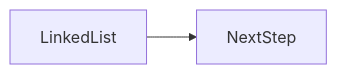
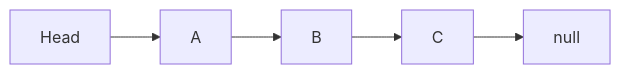
The second of 2 diagrams in docs/en/01-computer-science/data-structures/linked-list/index.md (OmidJavaherii/Frontend-Engineering-Handbook), drawn with Mermaid before and after one commit. The commit also changed other lines of this file and 461 other files, not shown here.

````diff
--- a/docs/en/01-computer-science/data-structures/linked-list/index.md
+++ b/docs/en/01-computer-science/data-structures/linked-list/index.md
@@ -95,4 +147,7 @@
 ```mermaid
 flowchart LR
-  concept[LinkedList] --> nextStep[NextStep]
+  H[Head] --> A[A]
+  A --> B[B]
+  B --> C[C]
+  C --> N[null]
 ```
````
